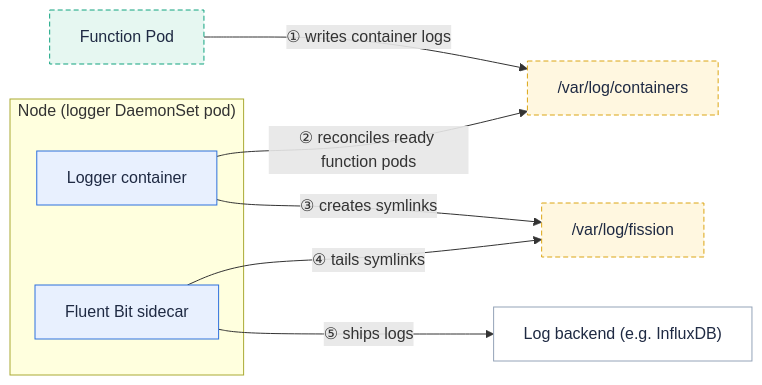
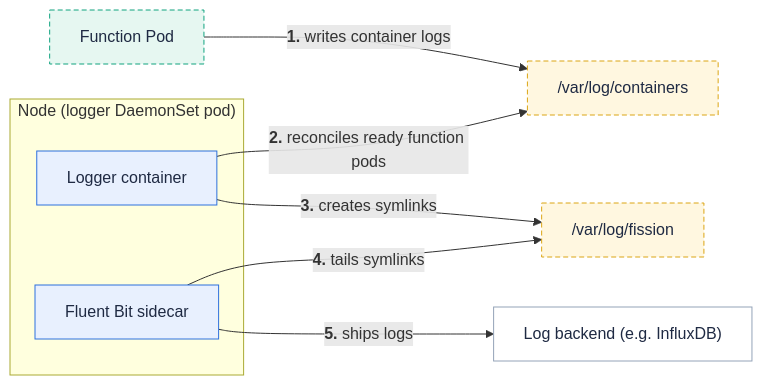
One commit to fission/fission.io changed the diagram in content/en/docs/architecture/logger.md. Above: the diagram before and after it, drawn with Mermaid. The commit also changed 23 other files, not shown here.

First line of the commit message:
Make diagrams readable inline: compact TB layouts, bold crimson step numbers

````diff
--- a/content/en/docs/architecture/logger.md
+++ b/content/en/docs/architecture/logger.md
@@ -22,16 +22,16 @@
 ```mermaid
 flowchart LR
-  fnpod["Function Pod"]:::pod -->|"① writes container logs"| logfiles["/var/log/containers"]:::store
+  fnpod["Function Pod"]:::pod -->|"<b>1.</b> writes container logs"| logfiles["/var/log/containers"]:::store
   subgraph node["Node (logger DaemonSet pod)"]
     logger["Logger container"]:::fission
     shipper["Fluent Bit sidecar"]:::fission
   end
-  logger -->|"② reconciles ready function pods"| logfiles
-  logger -->|"③ creates symlinks"| symlinks["/var/log/fission"]:::store
-  shipper -->|"④ tails symlinks"| symlinks
-  shipper -->|"⑤ ships logs"| backend["Log backend (e.g. InfluxDB)"]:::user
+  logger -->|"<b>2.</b> reconciles ready function pods"| logfiles
+  logger -->|"<b>3.</b> creates symlinks"| symlinks["/var/log/fission"]:::store
+  shipper -->|"<b>4.</b> tails symlinks"| symlinks
+  shipper -->|"<b>5.</b> ships logs"| backend["Log backend (e.g. InfluxDB)"]:::user
   classDef user fill:#ffffff,stroke:#94a3b8,color:#1f2a43
   classDef fission fill:#e8f0fe,stroke:#2d70de,color:#1f2a43
   classDef pod fill:#e6f7f1,stroke:#11a37f,color:#1f2a43,stroke-dasharray:5 3
   classDef store fill:#fff7e0,stroke:#dba514,color:#1f2a43,stroke-dasharray:5 3
 ```
````
